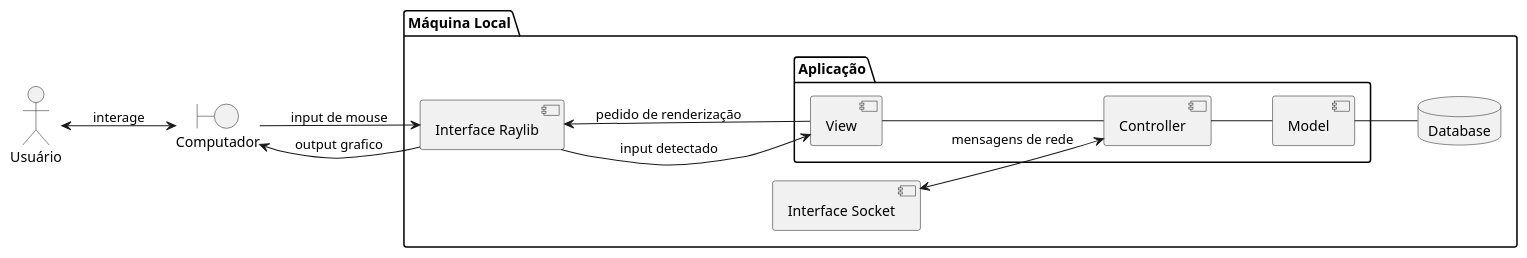
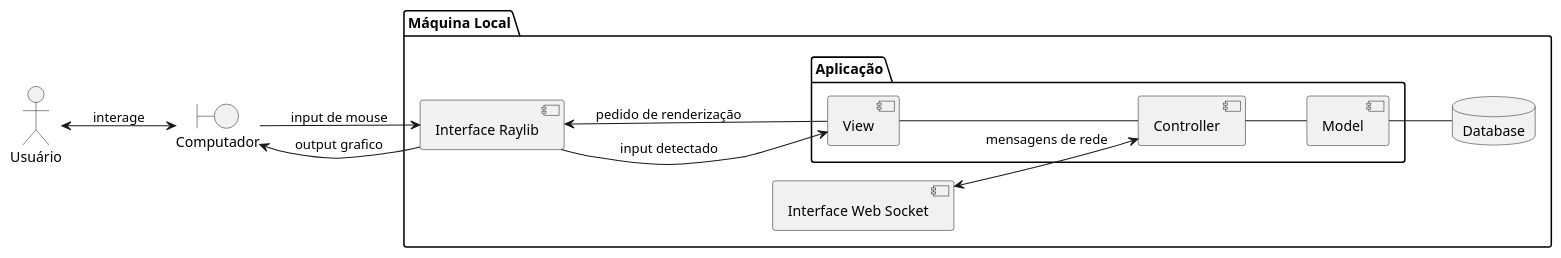
The diagram in framework.puml (luana-hartmann/SSC0621), drawn with PlantUML before and after one commit. The commit also changed 3 other files, not shown here.

Commit message:
new diagrams

```diff
--- a/framework.puml
+++ b/framework.puml
@@ -1,27 +1,27 @@
 @startuml
 left to right direction
 
 actor "Usuário" as user
 boundary "Computador" as pc
 package "Máquina Local" as maquina {
     package "Aplicação" as app {
         [View] as view
         [Controller] as controller
         [Model] as model
     }
     database "Database" as db
     [Interface Raylib] as ray
-    [Interface Socket] as net
+    [Interface Web Socket] as net
 }
 
 user <--> pc : interage
 pc --> ray : input de mouse
 pc <-- ray : output grafico
 ray --> view : input detectado
 ray <-- view : pedido de renderização
 net <--> controller : mensagens de rede
 view -- controller
 controller -- model
 model -- db
 
 @enduml
```
